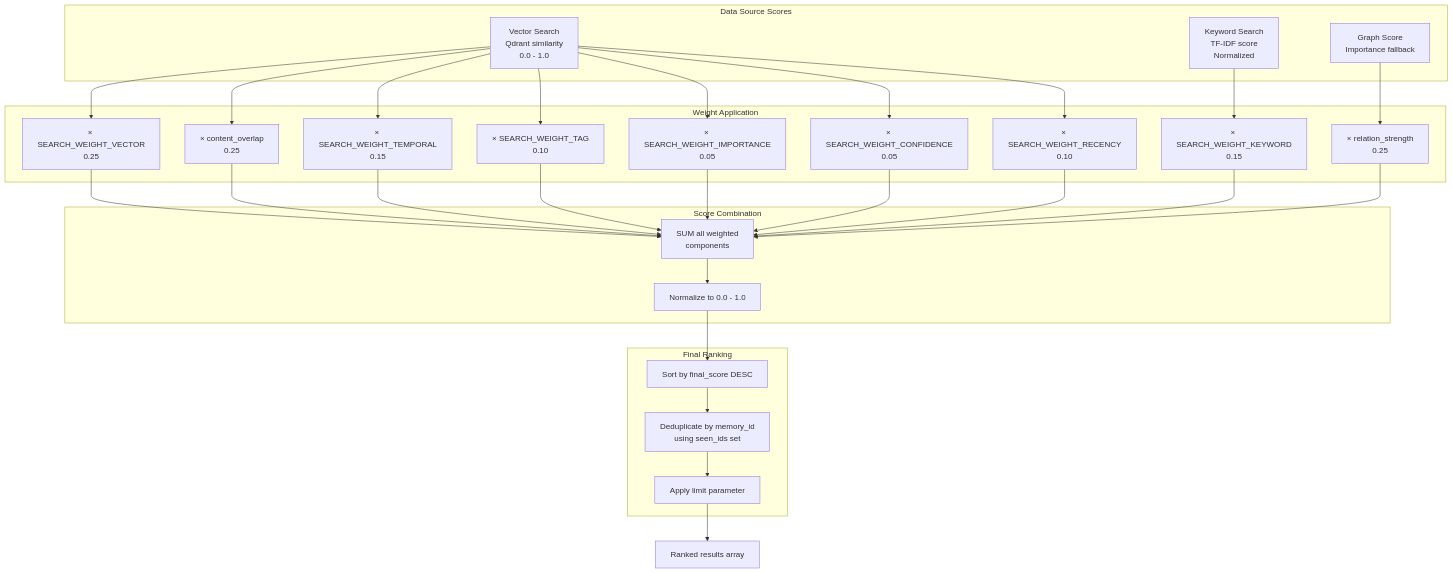
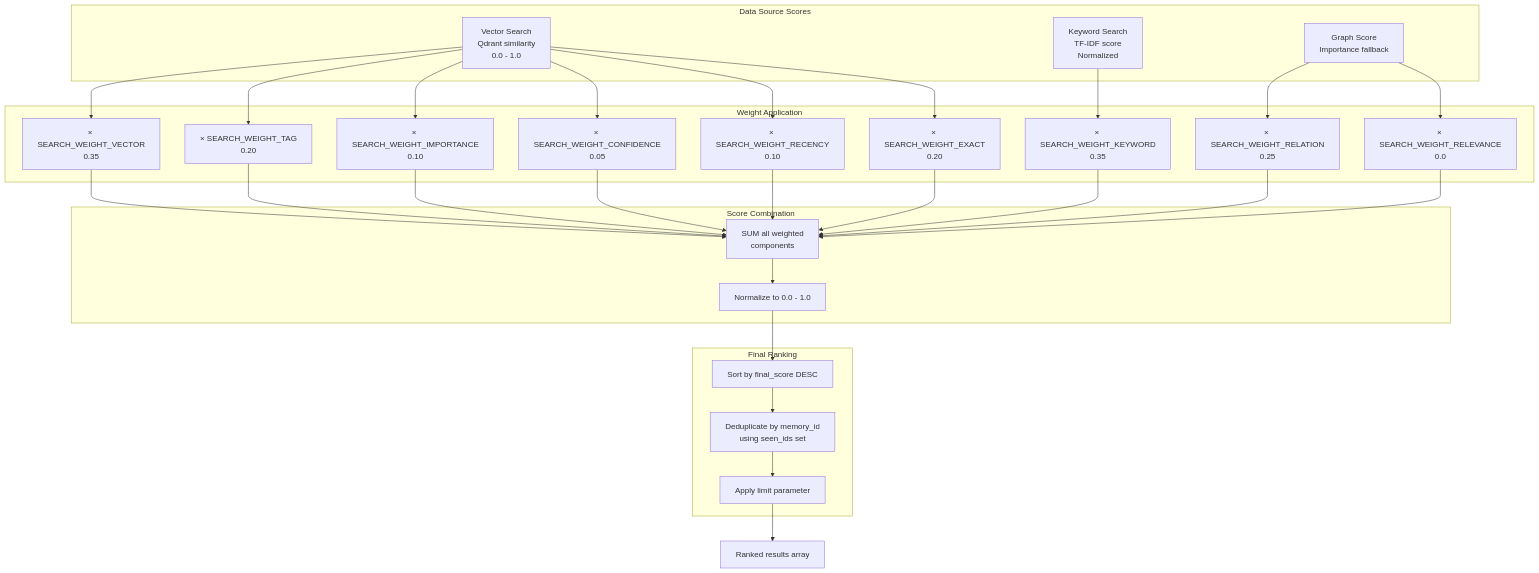
The third of 3 diagrams in src/content/docs/docs/core-concepts/hybrid-search.md (verygoodplugins/automem-website), drawn with Mermaid before and after one commit. The commit also changed other lines of this file and 48 other files, not shown here.

````diff
--- a/src/content/docs/docs/core-concepts/hybrid-search.md
+++ b/src/content/docs/docs/core-concepts/hybrid-search.md
@@ -223,59 +223,59 @@
 ```mermaid
 flowchart TD
     subgraph sources ["Data Source Scores"]
         VS["Vector Search<br/>Qdrant similarity<br/>0.0 - 1.0"]
         KS["Keyword Search<br/>TF-IDF score<br/>Normalized"]
         GS["Graph Score<br/>Importance fallback"]
     end
 
     subgraph weights ["Weight Application"]
-        VW["× SEARCH_WEIGHT_VECTOR<br/>0.25"]
-        KW["× SEARCH_WEIGHT_KEYWORD<br/>0.15"]
-        RW["× relation_strength<br/>0.25"]
-        CW["× content_overlap<br/>0.25"]
-        TW["× SEARCH_WEIGHT_TEMPORAL<br/>0.15"]
-        TagW["× SEARCH_WEIGHT_TAG<br/>0.10"]
-        IW["× SEARCH_WEIGHT_IMPORTANCE<br/>0.05"]
+        VW["× SEARCH_WEIGHT_VECTOR<br/>0.35"]
+        KW["× SEARCH_WEIGHT_KEYWORD<br/>0.35"]
+        TagW["× SEARCH_WEIGHT_TAG<br/>0.20"]
+        IW["× SEARCH_WEIGHT_IMPORTANCE<br/>0.10"]
         ConfW["× SEARCH_WEIGHT_CONFIDENCE<br/>0.05"]
         RecW["× SEARCH_WEIGHT_RECENCY<br/>0.10"]
+        ExW["× SEARCH_WEIGHT_EXACT<br/>0.20"]
+        RW["× SEARCH_WEIGHT_RELATION<br/>0.25"]
+        CtxW["× SEARCH_WEIGHT_RELEVANCE<br/>0.0"]
     end
 
     subgraph combination ["Score Combination"]
         Sum["SUM all weighted<br/>components"]
         Normalize["Normalize to 0.0 - 1.0"]
     end
 
     subgraph output ["Final Ranking"]
         Sort["Sort by final_score DESC"]
         Dedup["Deduplicate by memory_id<br/>using seen_ids set"]
         Limit["Apply limit parameter"]
     end
 
     Results["Ranked results array"]
 
     VS --> VW
     KS --> KW
-    GS --> RW
-    VS --> CW
-    VS --> TW
     VS --> TagW
     VS --> IW
     VS --> ConfW
     VS --> RecW
+    VS --> ExW
+    GS --> RW
+    GS --> CtxW
 
     VW --> Sum
     KW --> Sum
-    RW --> Sum
-    CW --> Sum
-    TW --> Sum
     TagW --> Sum
     IW --> Sum
     ConfW --> Sum
     RecW --> Sum
+    ExW --> Sum
+    RW --> Sum
+    CtxW --> Sum
 
     Sum --> Normalize
     Normalize --> Sort
     Sort --> Dedup
     Dedup --> Limit
     Limit --> Results
 ```
````
